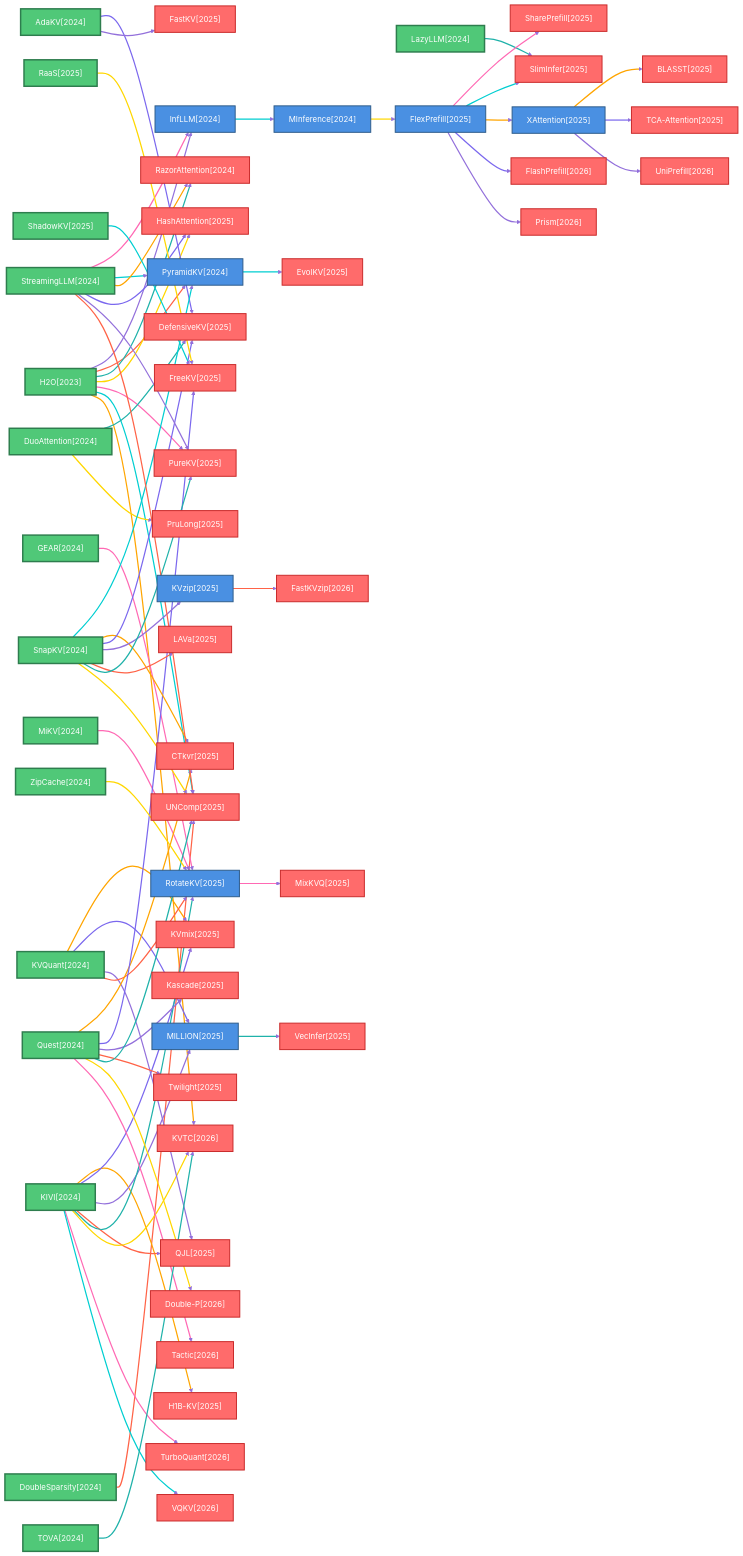
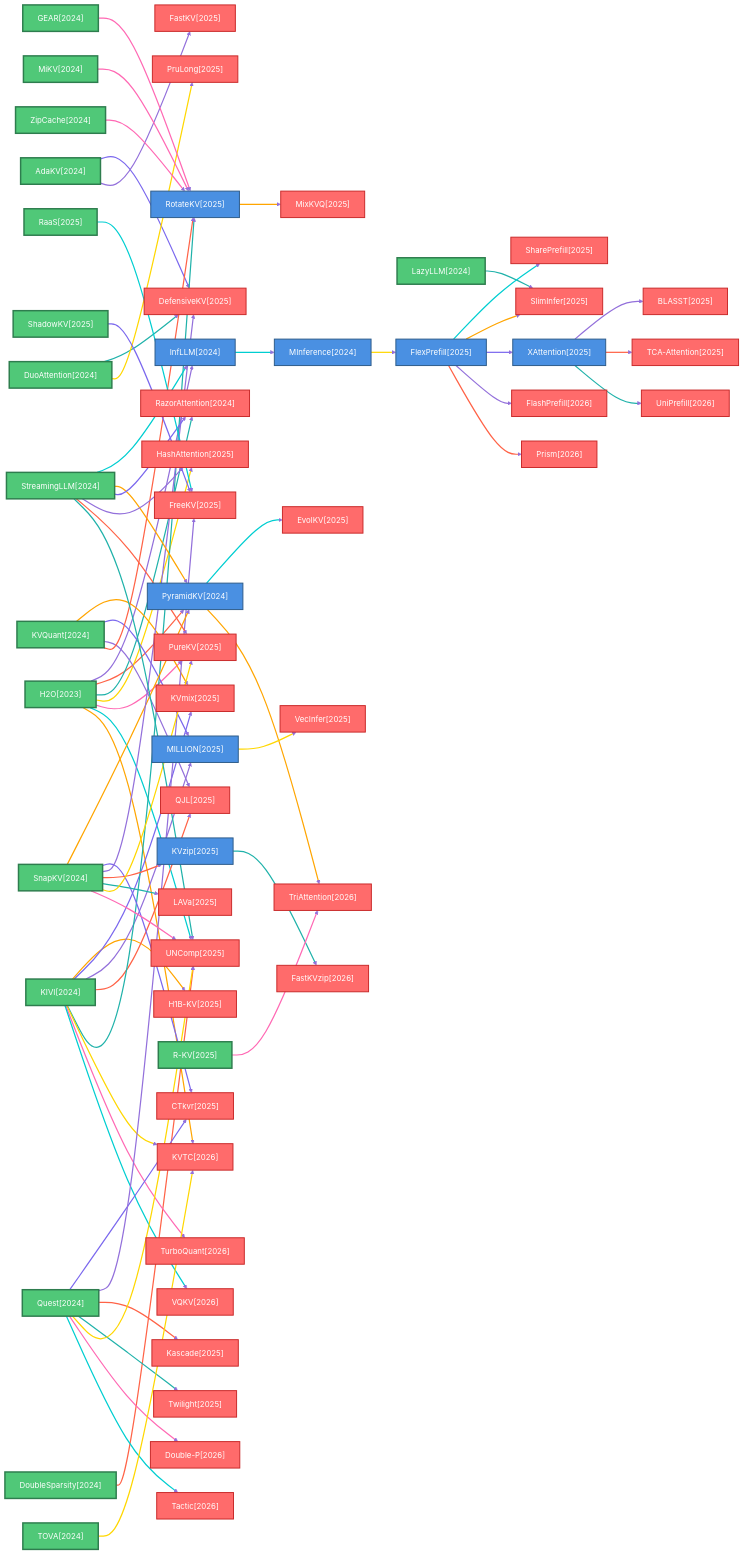
Before and after one commit to hustzxd/EfficientPaper: the first of 16 diagrams in docs/baseline_methods_graph.md, drawn with Mermaid. The commit also changed other lines of this file and 34 other files, not shown here.

````diff
--- a/docs/baseline_methods_graph.md
+++ b/docs/baseline_methods_graph.md
@@ -123,6 +123,9 @@
     2025_QJL["QJL[2025]"]
     class 2025_QJL leafNode
     click 2025_QJL "../?search=QJL" _blank
+    2025_R_KV["R-KV[2025]"]
+    class 2025_R_KV rootNode
+    click 2025_R_KV "../?search=R-KV" _blank
     2025_RaaS["RaaS[2025]"]
     class 2025_RaaS rootNode
     click 2025_RaaS "../?search=RaaS" _blank
@@ -171,6 +174,9 @@
     2026_Tactic["Tactic[2026]"]
     class 2026_Tactic leafNode
     click 2026_Tactic "../?search=Tactic" _blank
+    2026_TriAttention["TriAttention[2026]"]
+    class 2026_TriAttention leafNode
+    click 2026_TriAttention "../?search=TriAttention" _blank
     2026_TurboQuant["TurboQuant[2026]"]
     class 2026_TurboQuant leafNode
     click 2026_TurboQuant "../?search=TurboQuant" _blank
@@ -241,74 +247,78 @@
     linkStyle 28 stroke:#FF69B4,stroke-width:2.5px
     2024_PyramidKV ==>|" "| 2025_EvolKV
     linkStyle 29 stroke:#00CED1,stroke-width:2.5px
+    2024_PyramidKV ==>|" "| 2026_TriAttention
+    linkStyle 30 stroke:#FFA500,stroke-width:2.5px
     2024_Quest ==>|" "| 2025_CTkvr
-    linkStyle 30 stroke:#FFA500,stroke-width:2.5px
+    linkStyle 31 stroke:#7B68EE,stroke-width:2.5px
     2024_Quest ==>|" "| 2025_FreeKV
-    linkStyle 31 stroke:#7B68EE,stroke-width:2.5px
+    linkStyle 32 stroke:#9370DB,stroke-width:2.5px
     2024_Quest ==>|" "| 2025_Kascade
-    linkStyle 32 stroke:#9370DB,stroke-width:2.5px
+    linkStyle 33 stroke:#FF6347,stroke-width:2.5px
     2024_Quest ==>|" "| 2025_Twilight
-    linkStyle 33 stroke:#FF6347,stroke-width:2.5px
+    linkStyle 34 stroke:#20B2AA,stroke-width:2.5px
     2024_Quest ==>|" "| 2025_UNComp
-    linkStyle 34 stroke:#20B2AA,stroke-width:2.5px
+    linkStyle 35 stroke:#FFD700,stroke-width:2.5px
     2024_Quest ==>|" "| 2026_Double_P
-    linkStyle 35 stroke:#FFD700,stroke-width:2.5px
+    linkStyle 36 stroke:#FF69B4,stroke-width:2.5px
     2024_Quest ==>|" "| 2026_Tactic
-    linkStyle 36 stroke:#FF69B4,stroke-width:2.5px
+    linkStyle 37 stroke:#00CED1,stroke-width:2.5px
     2024_SnapKV ==>|" "| 2024_PyramidKV
-    linkStyle 37 stroke:#00CED1,stroke-width:2.5px
+    linkStyle 38 stroke:#FFA500,stroke-width:2.5px
     2024_SnapKV ==>|" "| 2025_CTkvr
-    linkStyle 38 stroke:#FFA500,stroke-width:2.5px
+    linkStyle 39 stroke:#7B68EE,stroke-width:2.5px
     2024_SnapKV ==>|" "| 2025_DefensiveKV
-    linkStyle 39 stroke:#7B68EE,stroke-width:2.5px
+    linkStyle 40 stroke:#9370DB,stroke-width:2.5px
     2024_SnapKV ==>|" "| 2025_KVzip
-    linkStyle 40 stroke:#9370DB,stroke-width:2.5px
+    linkStyle 41 stroke:#FF6347,stroke-width:2.5px
     2024_SnapKV ==>|" "| 2025_LAVa
-    linkStyle 41 stroke:#FF6347,stroke-width:2.5px
+    linkStyle 42 stroke:#20B2AA,stroke-width:2.5px
     2024_SnapKV ==>|" "| 2025_PureKV
-    linkStyle 42 stroke:#20B2AA,stroke-width:2.5px
+    linkStyle 43 stroke:#FFD700,stroke-width:2.5px
     2024_SnapKV ==>|" "| 2025_UNComp
-    linkStyle 43 stroke:#FFD700,stroke-width:2.5px
+    linkStyle 44 stroke:#FF69B4,stroke-width:2.5px
     2024_StreamingLLM ==>|" "| 2024_InfLLM
-    linkStyle 44 stroke:#FF69B4,stroke-width:2.5px
+    linkStyle 45 stroke:#00CED1,stroke-width:2.5px
     2024_StreamingLLM ==>|" "| 2024_PyramidKV
-    linkStyle 45 stroke:#00CED1,stroke-width:2.5px
+    linkStyle 46 stroke:#FFA500,stroke-width:2.5px
     2024_StreamingLLM ==>|" "| 2024_RazorAttention
-    linkStyle 46 stroke:#FFA500,stroke-width:2.5px
+    linkStyle 47 stroke:#7B68EE,stroke-width:2.5px
     2024_StreamingLLM ==>|" "| 2025_HashAttention
-    linkStyle 47 stroke:#7B68EE,stroke-width:2.5px
+    linkStyle 48 stroke:#9370DB,stroke-width:2.5px
     2024_StreamingLLM ==>|" "| 2025_PureKV
-    linkStyle 48 stroke:#9370DB,stroke-width:2.5px
+    linkStyle 49 stroke:#FF6347,stroke-width:2.5px
     2024_StreamingLLM ==>|" "| 2025_UNComp
-    linkStyle 49 stroke:#FF6347,stroke-width:2.5px
+    linkStyle 50 stroke:#20B2AA,stroke-width:2.5px
     2024_TOVA ==>|" "| 2026_KVTC
-    linkStyle 50 stroke:#20B2AA,stroke-width:2.5px
+    linkStyle 51 stroke:#FFD700,stroke-width:2.5px
     2024_ZipCache ==>|" "| 2025_RotateKV
-    linkStyle 51 stroke:#FFD700,stroke-width:2.5px
+    linkStyle 52 stroke:#FF69B4,stroke-width:2.5px
     2025_FlexPrefill ==>|" "| 2025_SharePrefill
-    linkStyle 52 stroke:#FF69B4,stroke-width:2.5px
+    linkStyle 53 stroke:#00CED1,stroke-width:2.5px
     2025_FlexPrefill ==>|" "| 2025_SlimInfer
-    linkStyle 53 stroke:#00CED1,stroke-width:2.5px
+    linkStyle 54 stroke:#FFA500,stroke-width:2.5px
     2025_FlexPrefill ==>|" "| 2025_XAttention
-    linkStyle 54 stroke:#FFA500,stroke-width:2.5px
+    linkStyle 55 stroke:#7B68EE,stroke-width:2.5px
     2025_FlexPrefill ==>|" "| 2026_FlashPrefill
-    linkStyle 55 stroke:#7B68EE,stroke-width:2.5px
+    linkStyle 56 stroke:#9370DB,stroke-width:2.5px
     2025_FlexPrefill ==>|" "| 2026_Prism
-    linkStyle 56 stroke:#9370DB,stroke-width:2.5px
+    linkStyle 57 stroke:#FF6347,stroke-width:2.5px
     2025_KVzip ==>|" "| 2026_FastKVzip
-    linkStyle 57 stroke:#FF6347,stroke-width:2.5px
+    linkStyle 58 stroke:#20B2AA,stroke-width:2.5px
     2025_MILLION ==>|" "| 2025_VecInfer
-    linkStyle 58 stroke:#20B2AA,stroke-width:2.5px
+    linkStyle 59 stroke:#FFD700,stroke-width:2.5px
+    2025_R_KV ==>|" "| 2026_TriAttention
+    linkStyle 60 stroke:#FF69B4,stroke-width:2.5px
     2025_RaaS ==>|" "| 2025_FreeKV
-    linkStyle 59 stroke:#FFD700,stroke-width:2.5px
+    linkStyle 61 stroke:#00CED1,stroke-width:2.5px
     2025_RotateKV ==>|" "| 2025_MixKVQ
-    linkStyle 60 stroke:#FF69B4,stroke-width:2.5px
+    linkStyle 62 stroke:#FFA500,stroke-width:2.5px
     2025_ShadowKV ==>|" "| 2025_FreeKV
-    linkStyle 61 stroke:#00CED1,stroke-width:2.5px
+    linkStyle 63 stroke:#7B68EE,stroke-width:2.5px
     2025_XAttention ==>|" "| 2025_BLASST
-    linkStyle 62 stroke:#FFA500,stroke-width:2.5px
+    linkStyle 64 stroke:#9370DB,stroke-width:2.5px
     2025_XAttention ==>|" "| 2025_TCA_Attention
-    linkStyle 63 stroke:#7B68EE,stroke-width:2.5px
+    linkStyle 65 stroke:#FF6347,stroke-width:2.5px
     2025_XAttention ==>|" "| 2026_UniPrefill
-    linkStyle 64 stroke:#9370DB,stroke-width:2.5px
+    linkStyle 66 stroke:#20B2AA,stroke-width:2.5px
 ```
````
